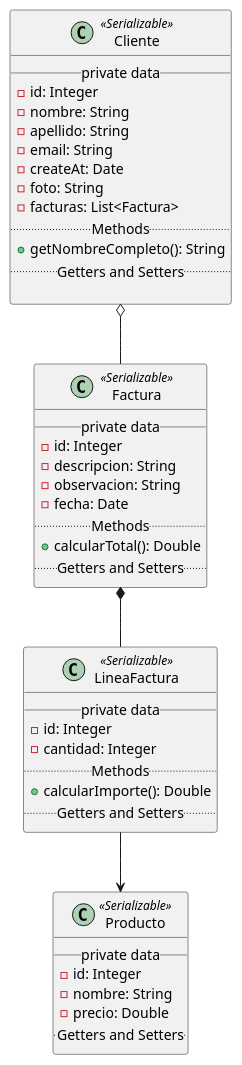
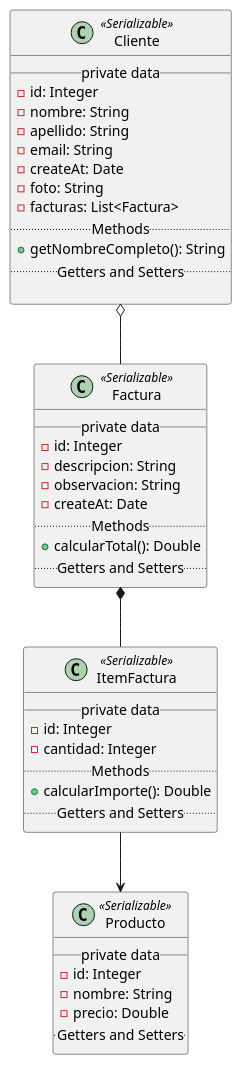
Before and after one commit to marcopgordillo/spring-boot-data-jpa: the diagram in uml/diagrama.puml, drawn with PlantUML. The commit also changed 2 other files, not shown here.

Commit message:
Creada la clase ItemFactura y la relacion ManyToOne con Factura unidireccional

```diff
--- a/uml/diagrama.puml
+++ b/uml/diagrama.puml
@@ -1,47 +1,47 @@
 @startuml
 
 class Cliente <<Serializable>> {
     __private data__
     -id: Integer
     -nombre: String
     -apellido: String
     -email: String
     -createAt: Date
     -foto: String
     -facturas: List<Factura>
     ..Methods..
     +getNombreCompleto(): String
     ..Getters and Setters..
 
 }
 class Factura <<Serializable>> {
     __private data__
     -id: Integer
     -descripcion: String
     -observacion: String
-    -fecha: Date
+    -createAt: Date
     ..Methods..
     +calcularTotal(): Double
     ..Getters and Setters..
 }
-class LineaFactura <<Serializable>> {
+class ItemFactura <<Serializable>> {
     __private data__
     -id: Integer
     -cantidad: Integer
     ..Methods..
     +calcularImporte(): Double
     ..Getters and Setters..
 }
 class Producto <<Serializable>> {
    __private data__
    -id: Integer
    -nombre: String
    -precio: Double
    ..Getters and Setters..
 }
 
 Cliente o-- Factura
-Factura *-- LineaFactura
-LineaFactura --> Producto
+Factura *-- ItemFactura
+ItemFactura --> Producto
 
 @enduml
```
